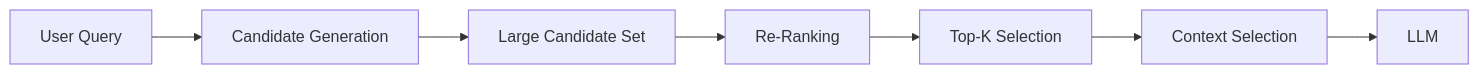
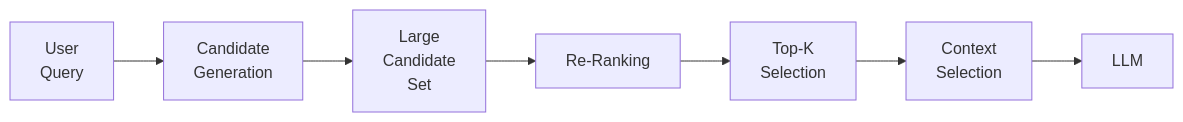
The first of 10 diagrams in docs/architecture-insights/genai-and-rag/3.5_architecting_multi_stage_retrieval_from_recall_to_precision.md (MihirKJha/enterprise-ai-blog), drawn with Mermaid before and after one commit. The commit also changed other lines of this file and 1 other file, not shown here.

````diff
--- a/docs/architecture-insights/genai-and-rag/3.5_architecting_multi_stage_retrieval_from_recall_to_precision.md
+++ b/docs/architecture-insights/genai-and-rag/3.5_architecting_multi_stage_retrieval_from_recall_to_precision.md
@@ -56,9 +56,9 @@
 ```mermaid
 flowchart LR
-    Q[User Query] --> C[Candidate Generation]
-    C --> S[Large Candidate Set]
+    Q[User<br/>Query] --> C[Candidate<br/>Generation]
+    C --> S[Large<br/>Candidate<br/>Set]
     S --> R[Re-Ranking]
-    R --> K[Top-K Selection]
-    K --> X[Context Selection]
+    R --> K[Top-K<br/>Selection]
+    K --> X[Context<br/>Selection]
     X --> L[LLM]
 ```
````
